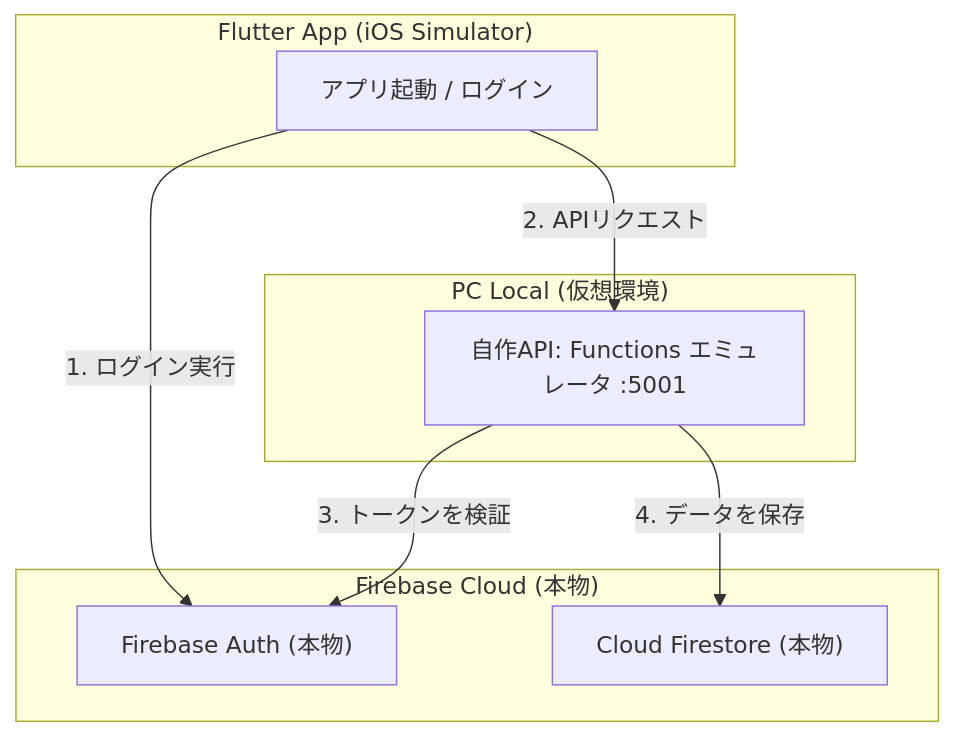
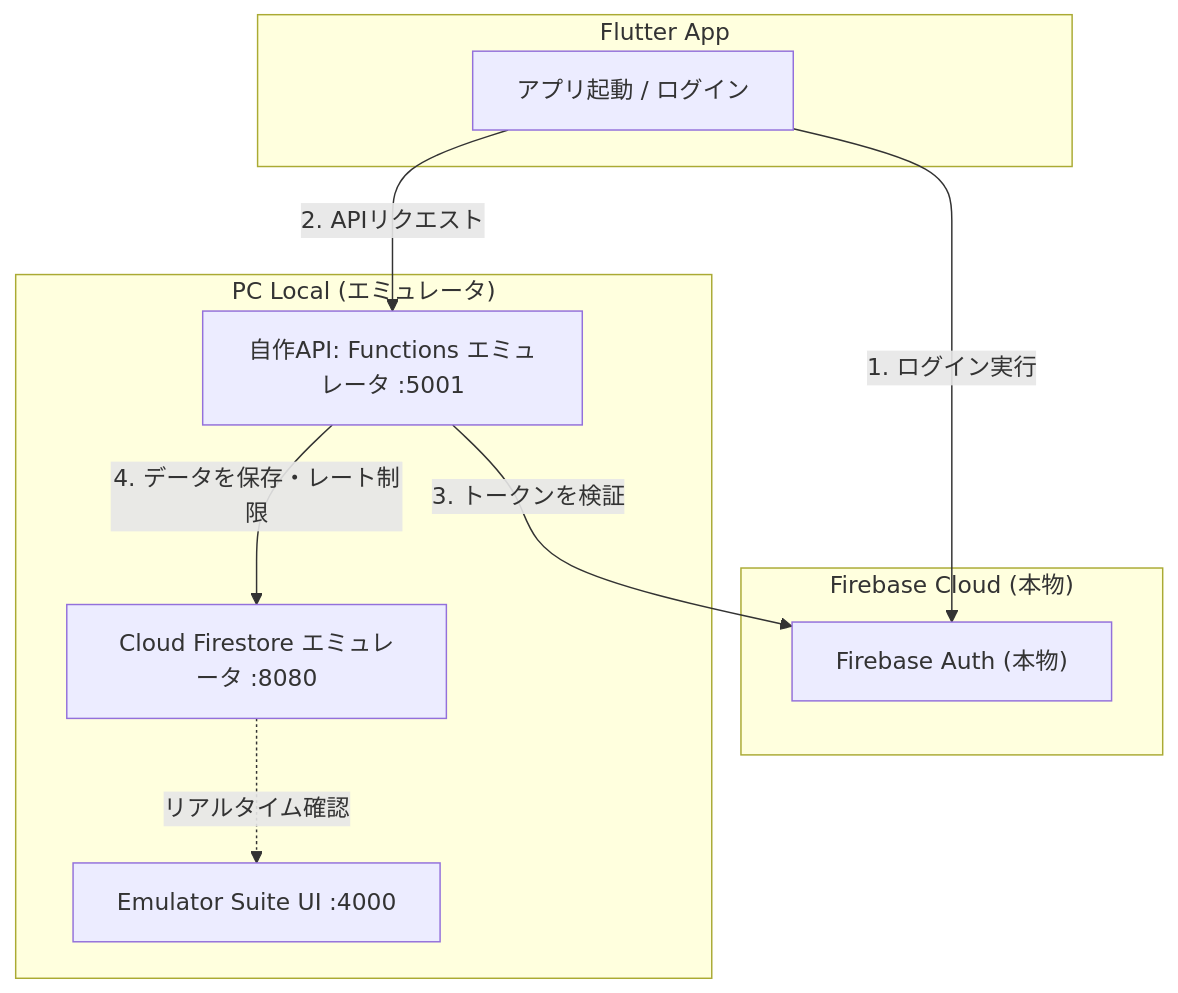
One commit to a-sasaoka/flutter_sample changed the diagram in docs/local_api_server.md. Above: the diagram before and after it, drawn with Mermaid. The commit also changed other lines of this file and 15 other files, not shown here.

Commit message:
feat: Cloud Firestore による全インスタンス分散レート制限の実装および Release ビルドのセキュリティ自動検証テスト追加

````diff
--- a/docs/local_api_server.md
+++ b/docs/local_api_server.md
@@ -75,20 +76,22 @@
 ```mermaid
 graph TD
-    subgraph "Flutter App (iOS Simulator)"
+    subgraph "Flutter App"
         A["アプリ起動 / ログイン"]
     end
 
     subgraph "Firebase Cloud (本物)"
         B["Firebase Auth (本物)"]
-        D["Cloud Firestore (本物)"]
     end
 
-    subgraph "PC Local (仮想環境)"
+    subgraph "PC Local (エミュレータ)"
         C["自作API: Functions エミュレータ :5001"]
+        D["Cloud Firestore エミュレータ :8080"]
+        E["Emulator Suite UI :4000"]
     end
 
     A -->|1. ログイン実行| B
     A -->|2. APIリクエスト| C
     C -->|3. トークンを検証| B
-    C -->|4. データを保存| D
+    C -->|4. データを保存・レート制限| D
+    D -.->|リアルタイム確認| E
 ```
````
